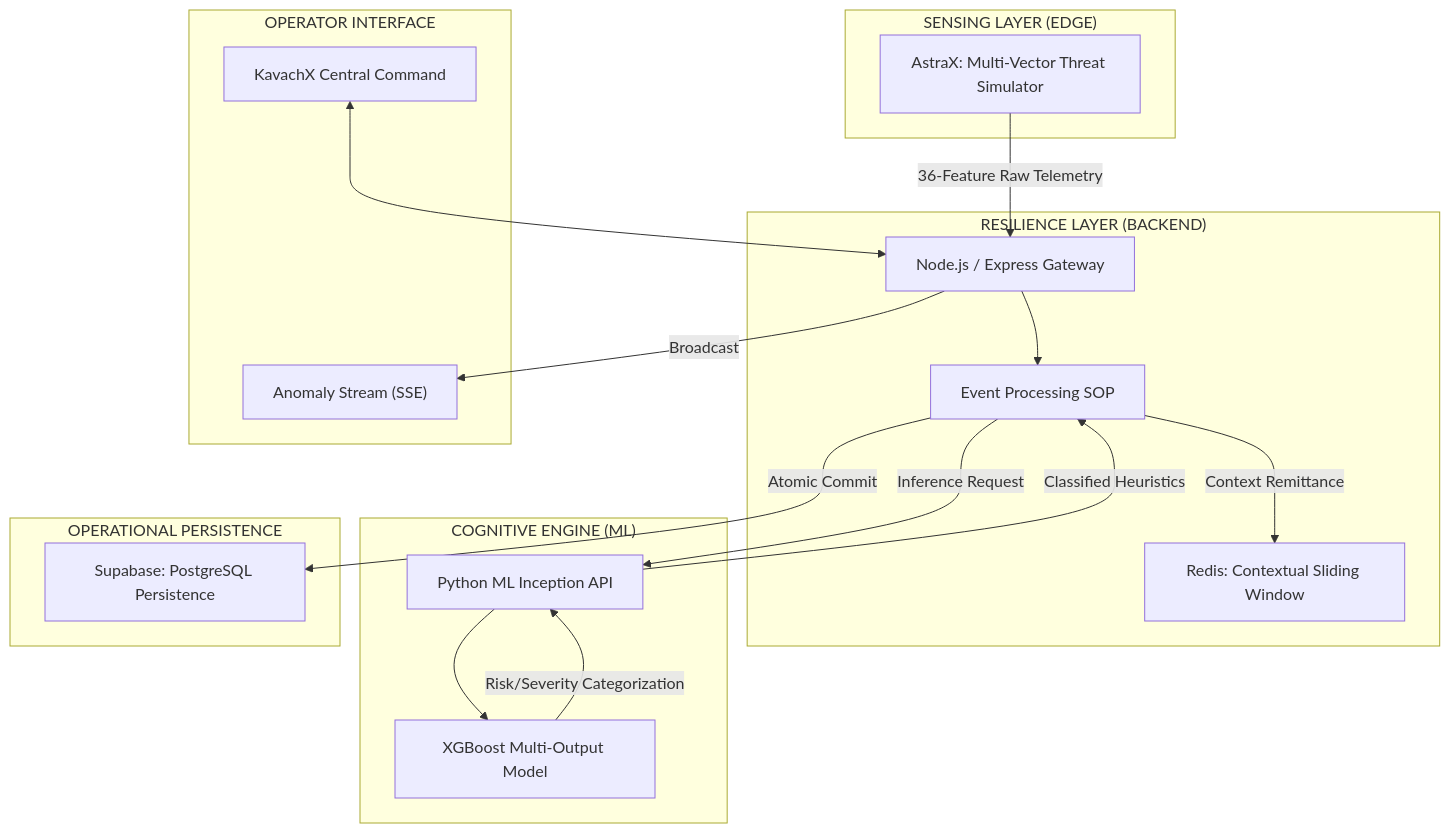
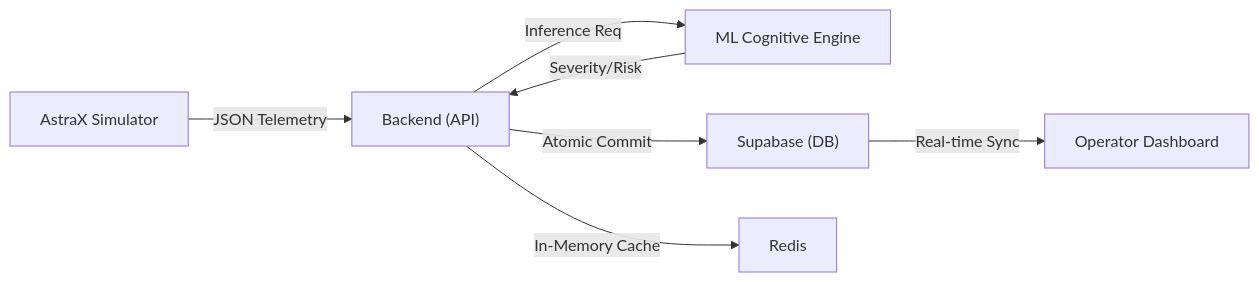
The first of 2 diagrams in README.md (Nitantjain21022006/KavachX), drawn with Mermaid before and after one commit. The commit also changed other lines of this file, not shown here.

````diff
--- a/README.md
+++ b/README.md
@@ -24,37 +24,9 @@
 ```mermaid
-graph TD
-    subgraph "SENSING LAYER (EDGE)"
-        AstraX["AstraX: Multi-Vector Threat Simulator"]
-    end
-
-    subgraph "RESILIENCE LAYER (BACKEND)"
-        API["Node.js / Express Gateway"]
-        Redis["Redis: Contextual Sliding Window"]
-        EventProc["Event Processing SOP"]
-    end
-
-    subgraph "COGNITIVE ENGINE (ML)"
-        MLService["Python ML Inception API"]
-        XGB["XGBoost Multi-Output Model"]
-    end
-
-    subgraph "OPERATIONAL PERSISTENCE"
-        DB["Supabase: PostgreSQL Persistence"]
-    end
-
-    subgraph "OPERATOR INTERFACE"
-        Dashboard["KavachX Central Command"]
-        Alerts["Anomaly Stream (SSE)"]
-    end
-
-    AstraX -- "36-Feature Raw Telemetry" --> API
-    API --> EventProc
-    EventProc -- "Context Remittance" --> Redis
-    EventProc -- "Inference Request" --> MLService
-    MLService --> XGB
-    XGB -- "Risk/Severity Categorization" --> MLService
-    MLService -- "Classified Heuristics" --> EventProc
-    EventProc -- "Atomic Commit" --> DB
-    Dashboard <--> API
-    API -- "Broadcast" --> Alerts
+graph LR
+    S["AstraX Simulator"] -- "JSON Telemetry" --> B["Backend (API)"]
+    B -- "Inference Req" --> M["ML Cognitive Engine"]
+    M -- "Severity/Risk" --> B
+    B -- "Atomic Commit" --> D["Supabase (DB)"]
+    D -- "Real-time Sync" --> F["Operator Dashboard"]
+    B -- "In-Memory Cache" --> R["Redis"]
 ```
````
